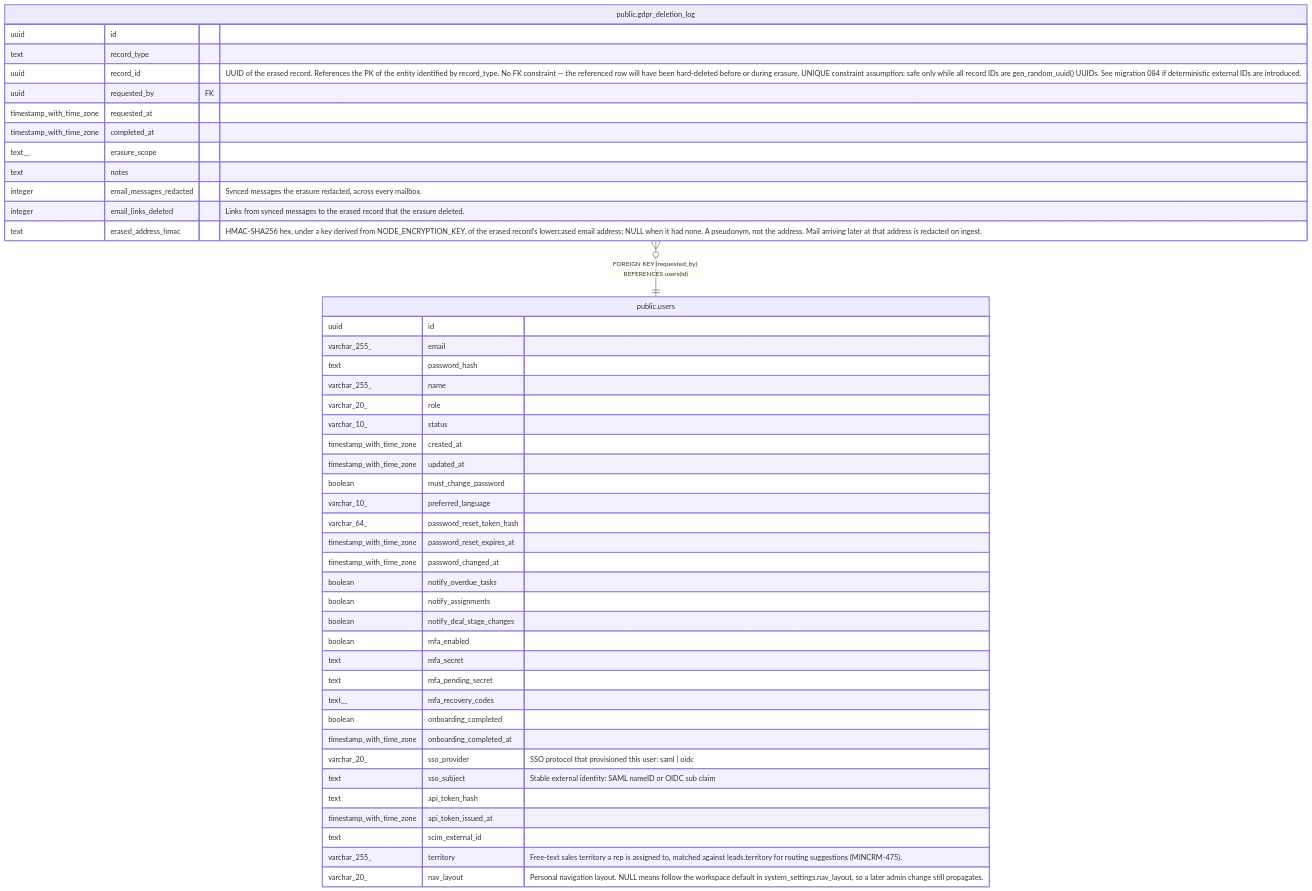
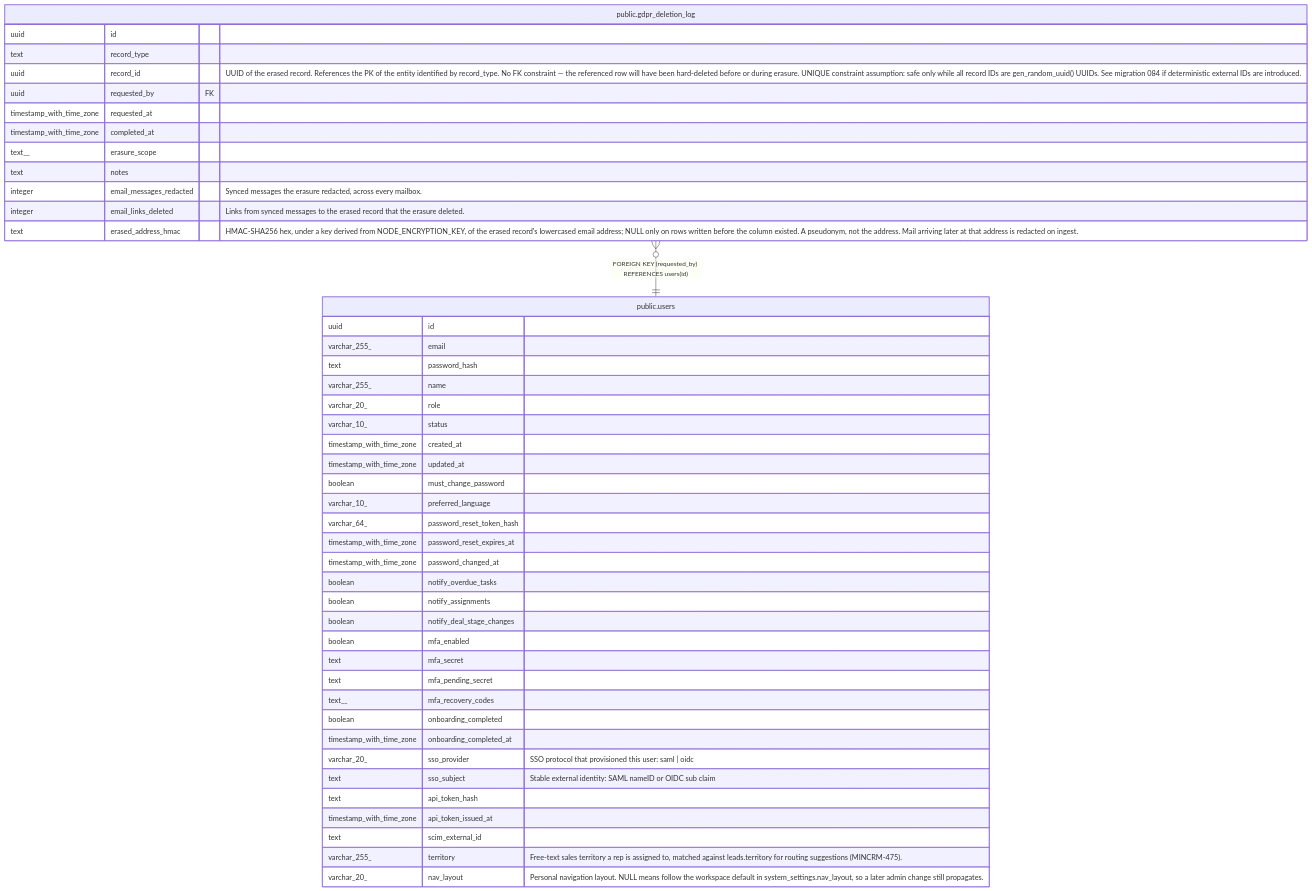
Before and after one commit to rkseattle/minicrm: the diagram in docs/schema/public.gdpr_deletion_log.md, drawn with Mermaid. The commit also changed other lines of this file and 36 other files, not shown here.

````diff
--- a/docs/schema/public.gdpr_deletion_log.md
+++ b/docs/schema/public.gdpr_deletion_log.md
@@ -40,50 +40,50 @@
 ```mermaid
 erDiagram
 
 "public.gdpr_deletion_log" }o--|| "public.users" : "FOREIGN KEY (requested_by) REFERENCES users(id)"
 
 "public.gdpr_deletion_log" {
   uuid id ""
   text record_type ""
   uuid record_id "UUID of the erased record. References the PK of the entity identified by record_type. No FK constraint — the referenced row will have been hard-deleted before or during erasure. UNIQUE constraint assumption: safe only while all record IDs are gen_random_uuid() UUIDs. See migration 084 if deterministic external IDs are introduced."
   uuid requested_by FK ""
   timestamp_with_time_zone requested_at ""
   timestamp_with_time_zone completed_at ""
   text__ erasure_scope ""
   text notes ""
   integer email_messages_redacted "Synced messages the erasure redacted, across every mailbox."
   integer email_links_deleted "Links from synced messages to the erased record that the erasure deleted."
-  text erased_address_hmac "HMAC-SHA256 hex, under a key derived from NODE_ENCRYPTION_KEY, of the erased record's lowercased email address; NULL when it had none. A pseudonym, not the address. Mail arriving later at that address is redacted on ingest."
+  text erased_address_hmac "HMAC-SHA256 hex, under a key derived from NODE_ENCRYPTION_KEY, of the erased record's lowercased email address; NULL only on rows written before the column existed. A pseudonym, not the address. Mail arriving later at that address is redacted on ingest."
 }
 "public.users" {
   uuid id ""
   varchar_255_ email ""
   text password_hash ""
   varchar_255_ name ""
   varchar_20_ role ""
   varchar_10_ status ""
   timestamp_with_time_zone created_at ""
   timestamp_with_time_zone updated_at ""
   boolean must_change_password ""
   varchar_10_ preferred_language ""
   varchar_64_ password_reset_token_hash ""
   timestamp_with_time_zone password_reset_expires_at ""
   timestamp_with_time_zone password_changed_at ""
   boolean notify_overdue_tasks ""
   boolean notify_assignments ""
   boolean notify_deal_stage_changes ""
   boolean mfa_enabled ""
   text mfa_secret ""
   text mfa_pending_secret ""
   text__ mfa_recovery_codes ""
   boolean onboarding_completed ""
   timestamp_with_time_zone onboarding_completed_at ""
   varchar_20_ sso_provider "SSO protocol that provisioned this user: saml | oidc"
   text sso_subject "Stable external identity: SAML nameID or OIDC sub claim"
   text api_token_hash ""
   timestamp_with_time_zone api_token_issued_at ""
   text scim_external_id ""
   varchar_255_ territory "Free-text sales territory a rep is assigned to, matched against leads.territory for routing suggestions (MINCRM-475)."
   varchar_20_ nav_layout "Personal navigation layout. NULL means follow the workspace default in system_settings.nav_layout, so a later admin change still propagates."
 }
 ```
````
